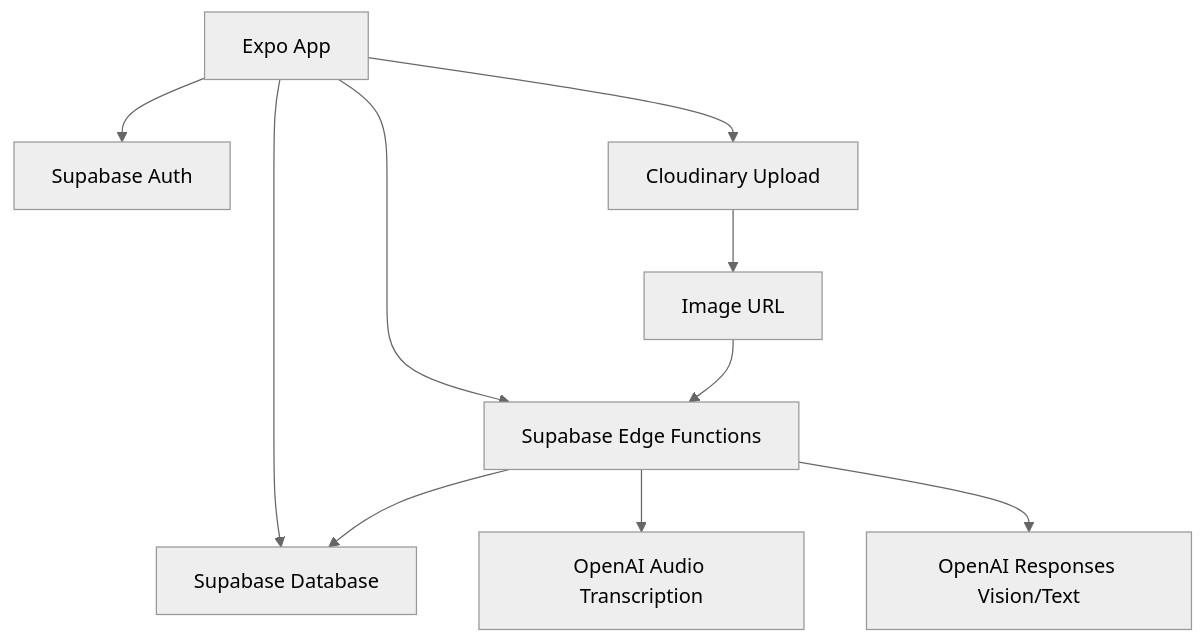
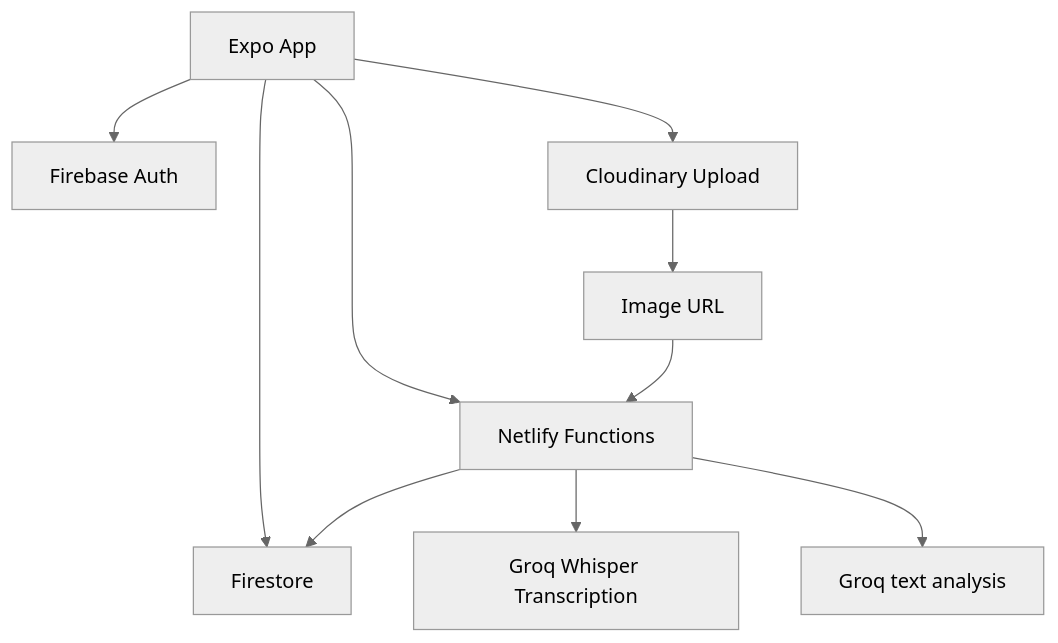
The third of 3 diagrams in docs/v2-technical-roadmap.md (Arnold1AB/chopperhub), drawn with Mermaid (neutral theme) before and after one commit. The commit also changed other lines of this file and 57 other files, not shown here.

Commit message:
Migrate backend to Firebase and Netlify

````diff
--- a/docs/v2-technical-roadmap.md
+++ b/docs/v2-technical-roadmap.md
@@ -327,12 +327,12 @@
 ```mermaid
 flowchart TD
-    A[Expo App] --> B[Supabase Auth]
-    A --> C[Supabase Database]
+    A[Expo App] --> B[Firebase Auth]
+    A --> C[Firestore]
     A --> D[Cloudinary Upload]
-    A --> E[Supabase Edge Functions]
-    E --> F[OpenAI Audio Transcription]
-    E --> G[OpenAI Responses Vision/Text]
+    A --> E[Netlify Functions]
+    E --> F[Groq Whisper Transcription]
+    E --> G[Groq text analysis]
     E --> C
     D --> H[Image URL]
     H --> E
 ```
````
